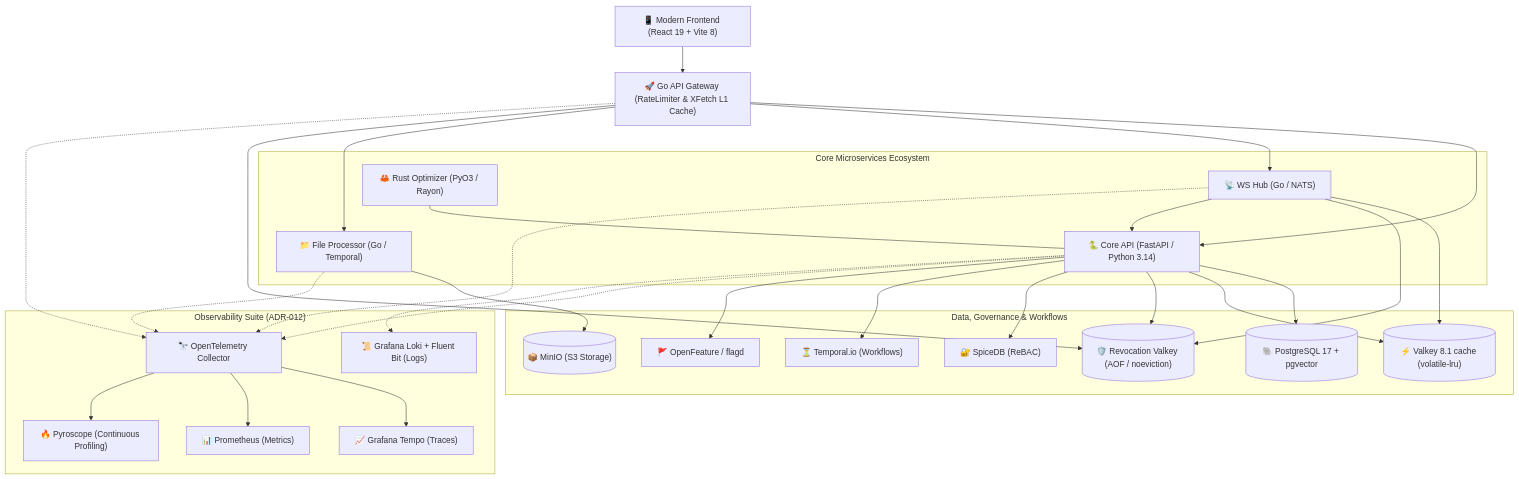
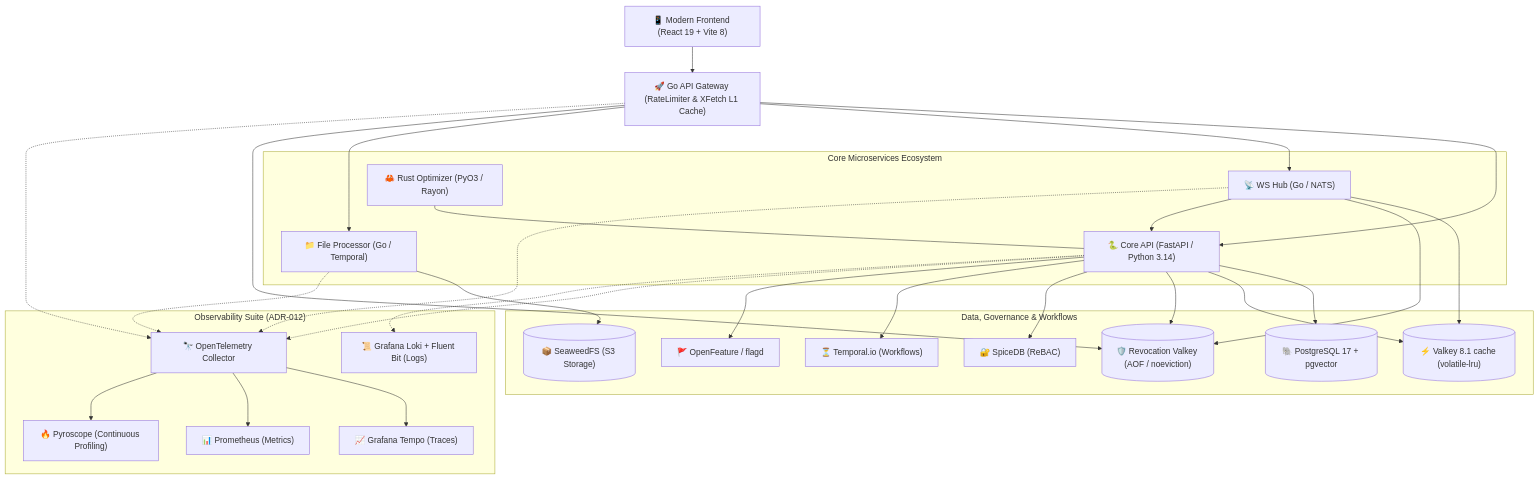
The first of 3 diagrams in README.md (egorribun/university_ecosystem), drawn with Mermaid before and after one commit. The commit also changed other lines of this file and 34 other files, not shown here.

````diff
--- a/README.md
+++ b/README.md
@@ -90,59 +90,59 @@
 ```mermaid
 graph TD
     Client["📱 Modern Frontend (React 19 + Vite 8)"]
     Gateway["🚀 Go API Gateway (RateLimiter & XFetch L1 Cache)"]
 
     subgraph "Core Microservices Ecosystem"
         Backend["🐍 Core API (FastAPI / Python 3.14)"]
         WSHub["📡 WS Hub (Go / NATS)"]
         FileProc["📁 File Processor (Go / Temporal)"]
         Optimizer["🦀 Rust Optimizer (PyO3 / Rayon)"]
     end
 
     subgraph "Data, Governance & Workflows"
         Postgres[("🐘 PostgreSQL 17 + pgvector")]
         Valkey[("⚡ Valkey 8.1 cache (volatile-lru)")]
         Revocations[("🛡️ Revocation Valkey (AOF / noeviction)")]
-        MinIO[("📦 MinIO (S3 Storage)")]
+        MinIO[("📦 SeaweedFS (S3 Storage)")]
         Temporal["⏳ Temporal.io (Workflows)"]
         SpiceDB["🔐 SpiceDB (ReBAC)"]
         Flagd["🚩 OpenFeature / flagd"]
     end
 
     subgraph "Observability Suite (ADR-012)"
         OTEL["🔭 OpenTelemetry Collector"]
         Tempo["📈 Grafana Tempo (Traces)"]
         Prometheus["📊 Prometheus (Metrics)"]
         Pyroscope["🔥 Pyroscope (Continuous Profiling)"]
         Loki["📜 Grafana Loki + Fluent Bit (Logs)"]
     end
 
     Client --> Gateway
     Gateway --> Backend
     Gateway --> WSHub
     Gateway --> FileProc
 
     Backend --> Postgres
     Backend --> Valkey
     Backend --> Revocations
     Backend --> SpiceDB
     Backend --> Temporal
     Backend --> Flagd
 
     WSHub --> Valkey
     WSHub --> Revocations
     Gateway --> Revocations
     WSHub --> Backend
     FileProc --> MinIO
     Optimizer --- Backend
 
     Backend -.-> OTEL
     Gateway -.-> OTEL
     WSHub -.-> OTEL
     FileProc -.-> OTEL
 
     OTEL --> Tempo
     OTEL --> Prometheus
     OTEL --> Pyroscope
     Backend -.-> Loki
 ```
````
